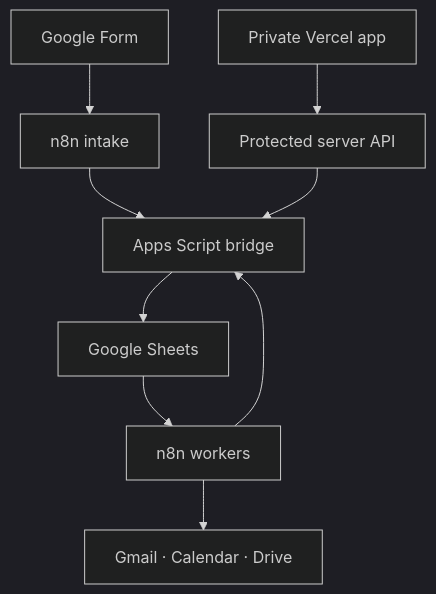
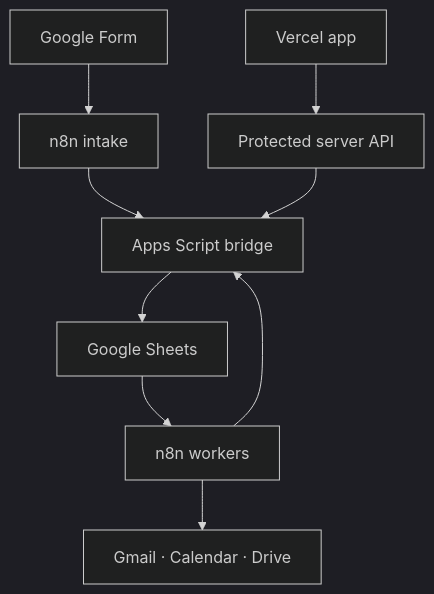
One commit to arjunschaudhary/solar-v2-private changed the diagram in README.md. Above: the diagram before and after it, drawn with Mermaid (dark theme). The commit also changed other lines of this file, not shown here.

````diff
--- a/README.md
+++ b/README.md
@@ -30,11 +30,11 @@
 ```mermaid
 flowchart TD
   Form["Google Form"] --> Intake["n8n intake"]
-  App["Private Vercel app"] --> API["Protected server API"]
+  App["Vercel app"] --> API["Protected server API"]
   Intake --> Bridge["Apps Script bridge"]
   API --> Bridge
   Bridge --> Sheets["Google Sheets"]
   Sheets --> Workers["n8n workers"]
   Workers --> Google["Gmail · Calendar · Drive"]
   Workers --> Bridge
 ```
````
